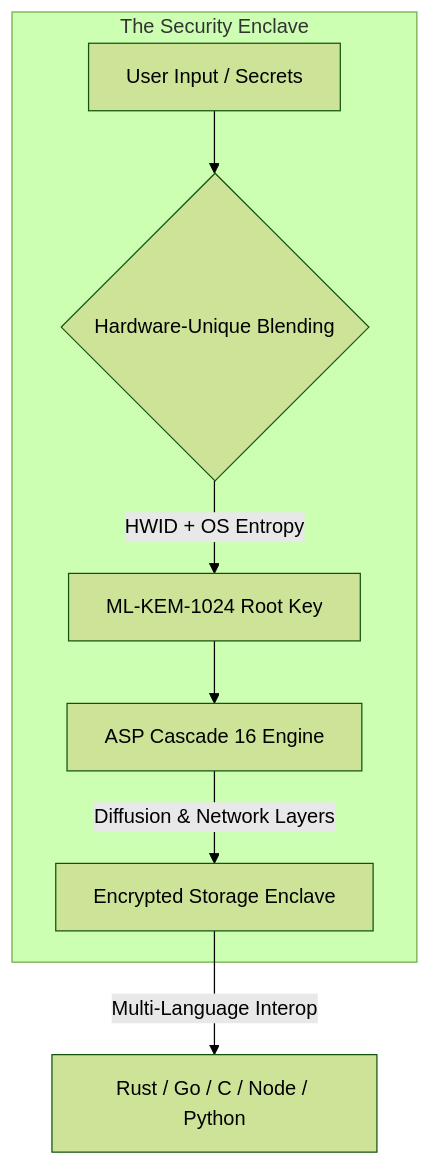
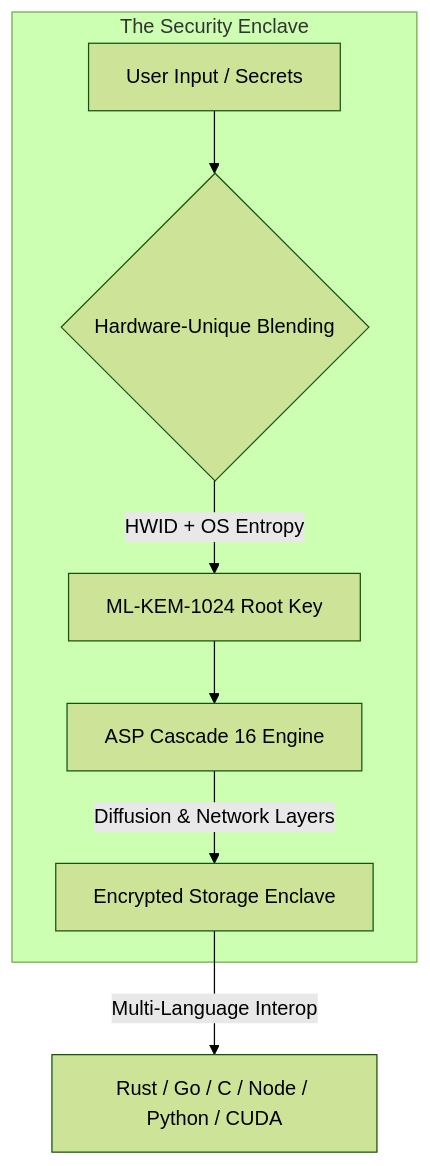
One commit to Kryklin/darkstar changed the first of 4 diagrams in d-asp/DASP_SYSTEM_FLOW.md. Above: the diagram before and after it, drawn with Mermaid (forest theme). The commit also changed other lines of this file and 5 other files, not shown here.

````diff
--- a/d-asp/DASP_SYSTEM_FLOW.md
+++ b/d-asp/DASP_SYSTEM_FLOW.md
@@ -20,11 +20,11 @@
 ```mermaid
 graph TD
     subgraph "The Security Enclave"
     A[User Input / Secrets] --> B{Hardware-Unique Blending}
     B -- "HWID + OS Entropy" --> C[ML-KEM-1024 Root Key]
     C --> D[ASP Cascade 16 Engine]
     D -- "Diffusion & Network Layers" --> E[Encrypted Storage Enclave]
     end
     
-    E -- "Multi-Language Interop" --> F[Rust / Go / C / Node / Python]
+    E -- "Multi-Language Interop" --> F[Rust / Go / C / Node / Python / CUDA]
 ```
````
